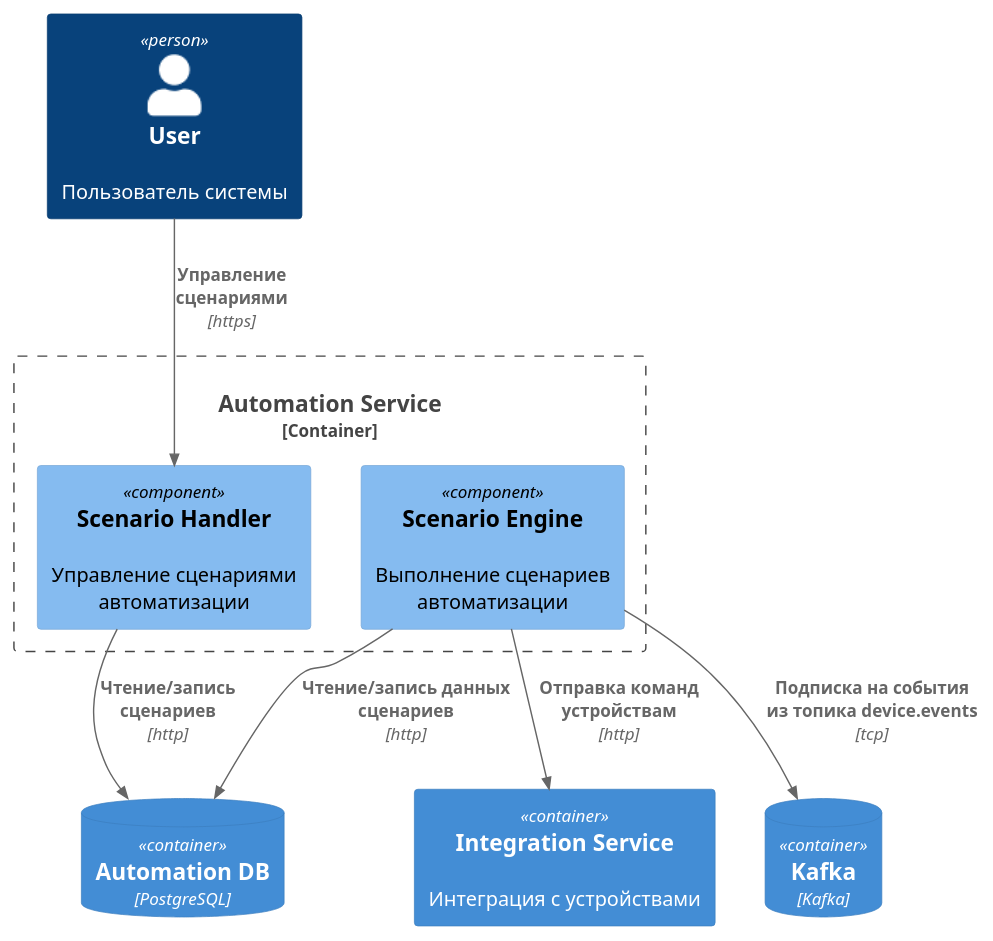
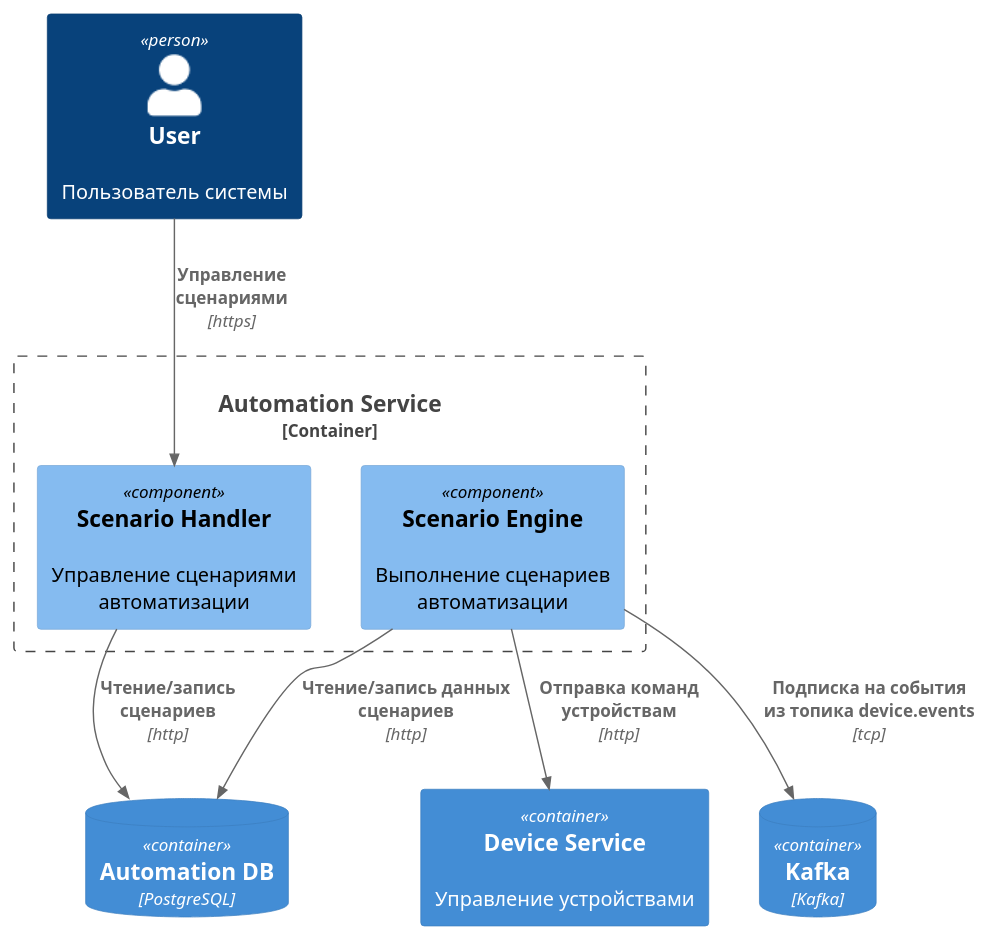
The diagram in docs/2be_component_automation.puml (dengaleev/practicum-warmhouse), drawn with PlantUML before and after one commit. The commit also changed 3 other files, not shown here.

```diff
--- a/docs/2be_component_automation.puml
+++ b/docs/2be_component_automation.puml
@@ -4,22 +4,22 @@
 @startuml C4_Component_ToBeSystem_AutomationService
 
 !include https://raw.githubusercontent.com/plantuml-stdlib/C4-PlantUML/master/C4_Component.puml
 
 Person(user, "User", "Пользователь системы")
-Container(integration_service, "Integration Service", "", "Интеграция с устройствами")
+Container(device_service, "Device Service", "", "Управление устройствами")
 ContainerDb(automation_db, "Automation DB", "PostgreSQL", "")
 ContainerDb(kafka_device_events, "Kafka", "Kafka", "")
 
 Container_Boundary(automation_service, "Automation Service") {
     Component(scenario_handler, "Scenario Handler", "", "Управление сценариями автоматизации")
     Component(scenario_engine, "Scenario Engine", "", "Выполнение сценариев автоматизации")
 }
 
 Rel(user, scenario_handler, "Управление сценариями", "https")
 
 Rel(scenario_handler, automation_db, "Чтение/запись сценариев" , "http")
 Rel(scenario_engine, automation_db, "Чтение/запись данных сценариев", "http")
-Rel(scenario_engine, integration_service, "Отправка команд устройствам", "http")
+Rel(scenario_engine, device_service, "Отправка команд устройствам", "http")
 Rel(scenario_engine, kafka_device_events, "Подписка на события из топика device.events", "tcp")
 
 @enduml
```
